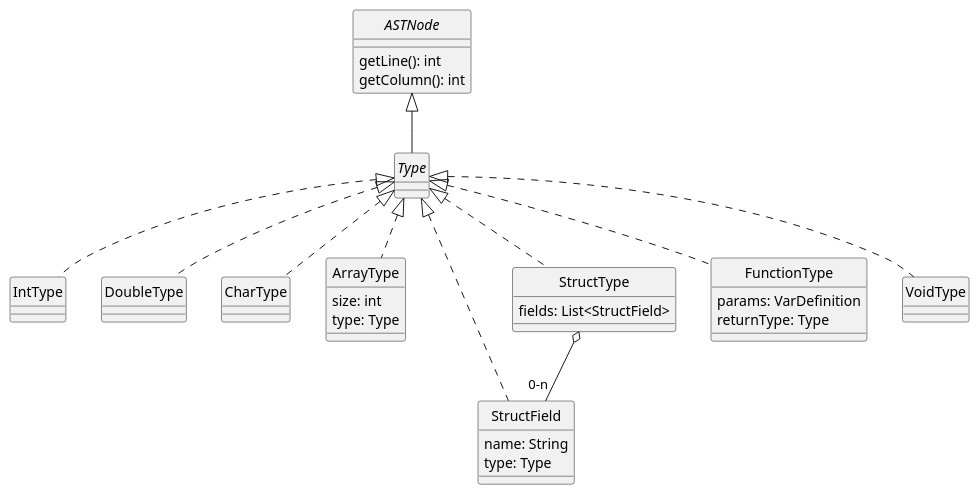
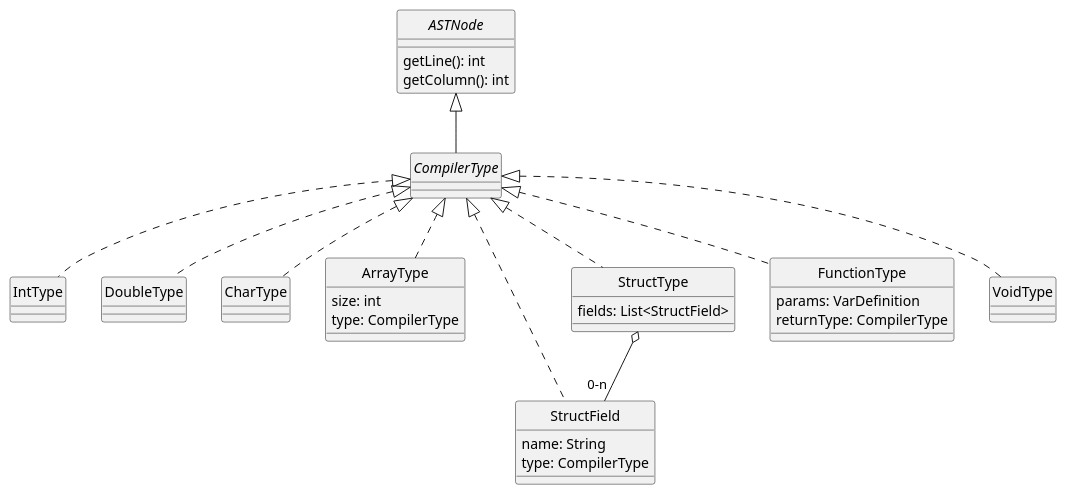
One commit to DavidGonzalezFernandez/dlp-compiler changed the diagram in docs/diagrams/types.plantuml. Above: the diagram before and after it, drawn with PlantUML. The commit also changed 15 other files, not shown here.

Commit message:
Actualizo diagramas UML a última versión

```diff
--- a/docs/diagrams/types.plantuml
+++ b/docs/diagrams/types.plantuml
@@ -1,65 +1,63 @@
 @startuml Types
 skinparam style strictuml
 skinparam monochrome true
 
 interface ASTNode {
     getLine(): int
     getColumn(): int
 }
 
-interface Type
+interface CompilerType
 
-ASTNode <|-- Type
+ASTNode <|-- CompilerType
 
 'Los tipos simples son: int, double, char
-Type <|.. IntType
+CompilerType <|.. IntType
 class IntType
 
 class DoubleType
-Type <|.. DoubleType
+CompilerType <|.. DoubleType
 
 class CharType
-Type <|.. CharType
+CompilerType <|.. CharType
 
 
 ' Los tipos complejos son Arrays y Structs
 
 /' Los arrays pueden ser creados usando [] para construir un tipo nuevo,
 debiendo especificar el tamaño del array, previo a su tipo, en su construcción '/
 class ArrayType {
     size: int
-    type: Type
-    ' Un array no necesita guardar una lista de sus elementos, se guardan en memoria
-    ' TODO: ¿es correcto lo que digo?
+    type: CompilerType
 }
-Type <|.. ArrayType
+CompilerType <|.. ArrayType
 
 
 class StructField {
     name: String
-    type: Type
+    type: CompilerType
 }
-Type <|.. StructField
+CompilerType <|.. StructField
 
 
 ' Un registro se puede crear usando la palabra clave defstruct y definiendo una secuencia de variables
 class StructType {
     fields: List<StructField>   /'¿Por qué este tipo concreto?'/
 }
-Type <|.. StructType
+CompilerType <|.. StructType
 StructType o-- "0-n" StructField
 
 
 class FunctionType {
     params: VarDefinition
-    returnType: Type    /'Sólo se devuelven tipos simples'/
+    returnType: CompilerType    /'Sólo se devuelven tipos simples'/
 }
-Type <|.. FunctionType
+CompilerType <|.. FunctionType
 
 
 ' Las funciones tienen un tipo de retorno, pero pueden no devolver nada
 ' Se necesita el tipo Void
 class VoidType
-Type <|.. VoidType
+CompilerType <|.. VoidType
 
 @enduml
```
